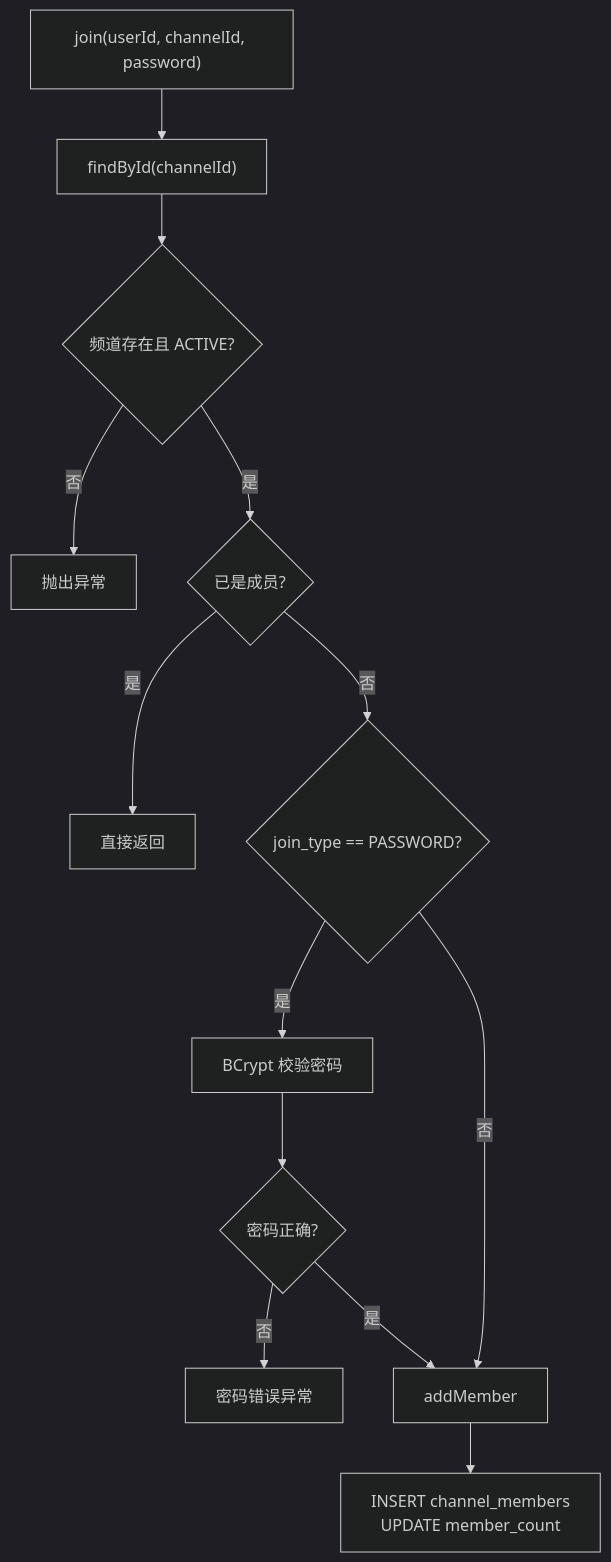
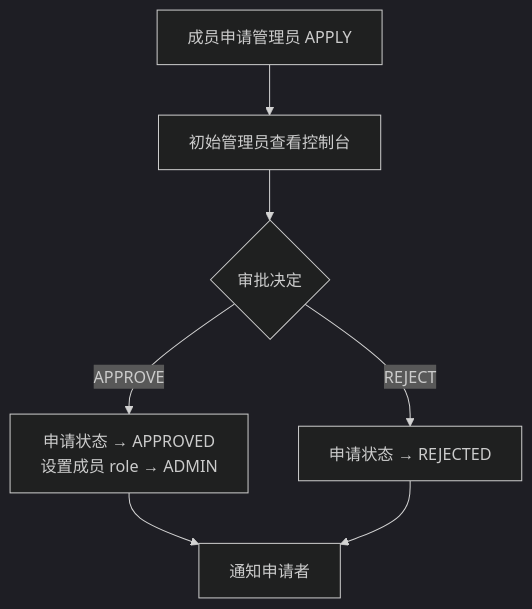
Diagram 13 of 18 in docs/系统设计说明书.md (oliviawxx/whucircle), drawn with Mermaid (dark theme) before and after one commit. The commit also changed other lines of this file and 13 other files, not shown here.

````diff
--- a/docs/系统设计说明书.md
+++ b/docs/系统设计说明书.md
@@ -276,15 +360,9 @@
 ```mermaid
 flowchart TD
-    A["join(userId, channelId, password)"] --> B["findById(channelId)"]
-    B --> C{"频道存在且 ACTIVE?"}
-    C -->|否| E1["抛出异常"]
-    C -->|是| D{"已是成员?"}
-    D -->|是| E2["直接返回"]
-    D -->|否| F{"join_type == PASSWORD?"}
-    F -->|是| G["BCrypt 校验密码"]
-    G --> H{"密码正确?"}
-    H -->|否| E3["密码错误异常"]
-    H -->|是| I["addMember"]
-    F -->|否| I
-    I --> J["INSERT channel_members<br/>UPDATE member_count"]
+    A["成员申请管理员 APPLY"] --> B["初始管理员查看控制台"]
+    B --> C{"审批决定"}
+    C -->|"APPROVE"| D["申请状态 → APPROVED<br/>设置成员 role → ADMIN"]
+    C -->|"REJECT"| E["申请状态 → REJECTED"]
+    D --> F["通知申请者"]
+    E --> F
 ```
````
